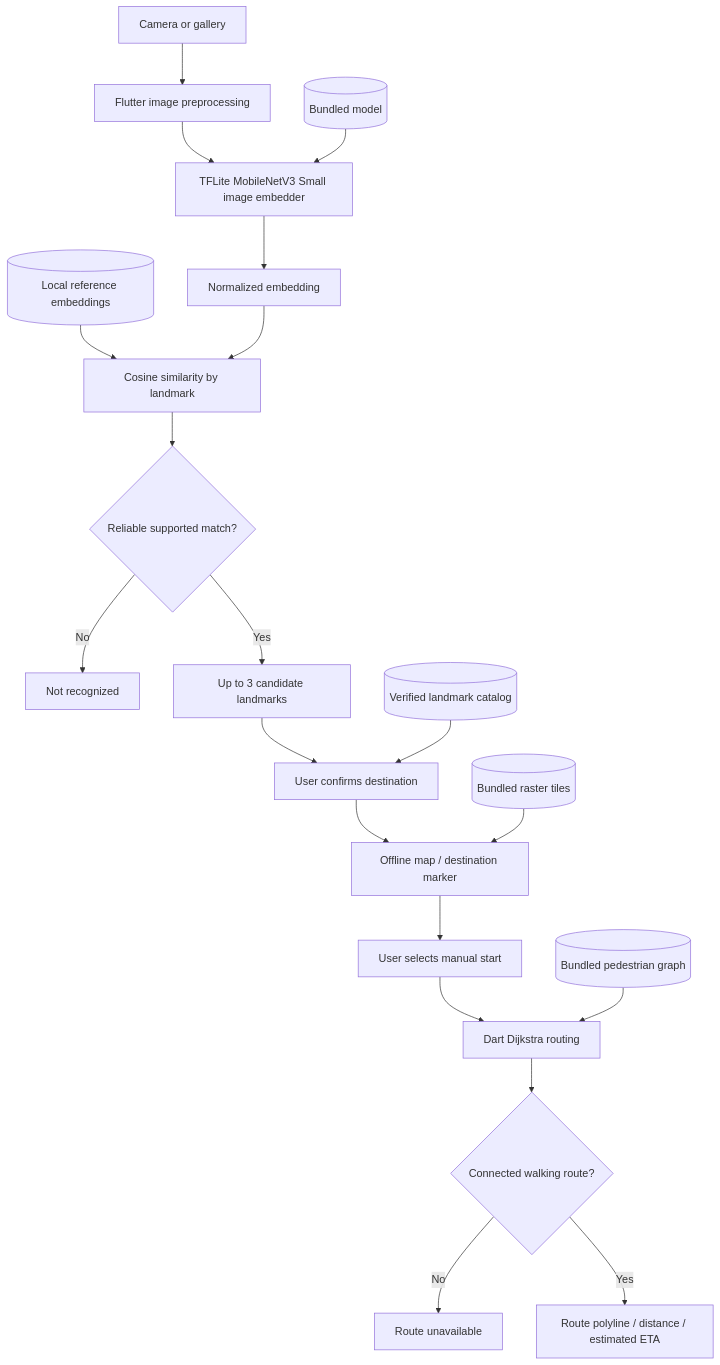
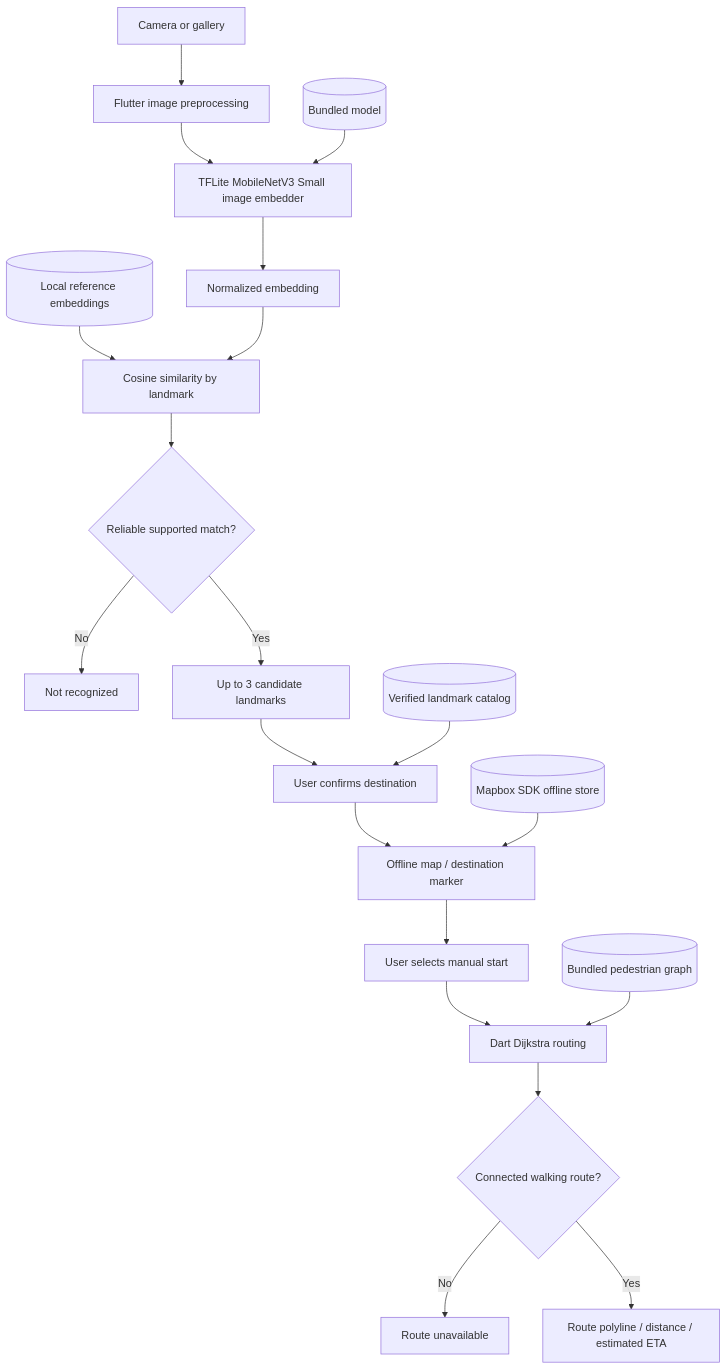
The diagram in README.md (hiroqt/tunton-ai), drawn with Mermaid before and after one commit. The commit also changed other lines of this file and 19 other files, not shown here.

````diff
--- a/README.md
+++ b/README.md
@@ -101,22 +102,22 @@
 ```mermaid
 flowchart TD
     A[Camera or gallery] --> B[Flutter image preprocessing]
     B --> C[TFLite MobileNetV3 Small image embedder]
     M[(Bundled model)] --> C
     C --> D[Normalized embedding]
     R[(Local reference embeddings)] --> E[Cosine similarity by landmark]
     D --> E
     E --> F{Reliable supported match?}
     F -->|No| G[Not recognized]
     F -->|Yes| H[Up to 3 candidate landmarks]
     H --> I[User confirms destination]
     L[(Verified landmark catalog)] --> I
     I --> J[Offline map / destination marker]
-    T[(Bundled raster tiles)] --> J
+    T[(Mapbox SDK offline store)] --> J
     J --> K[User selects manual start]
     K --> N[Dart Dijkstra routing]
     W[(Bundled pedestrian graph)] --> N
     N --> O{Connected walking route?}
     O -->|No| P[Route unavailable]
     O -->|Yes| Q[Route polyline / distance / estimated ETA]
 ```
````
